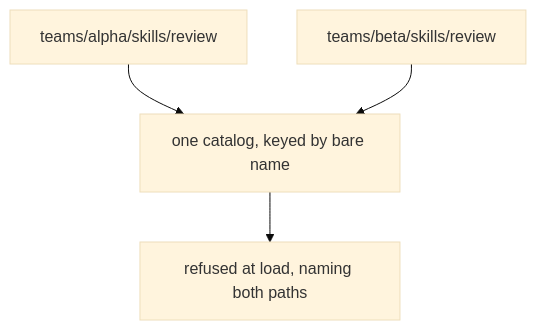
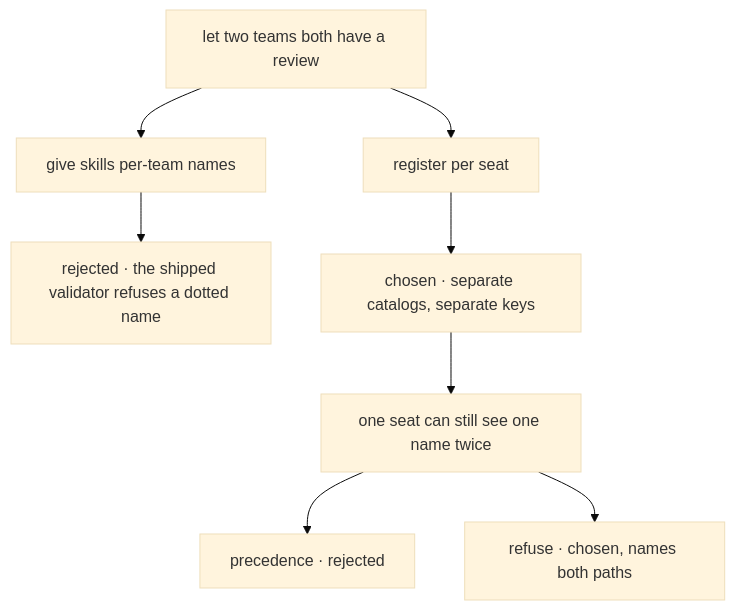
One commit to fixpoint-labs/flow-state-dev changed the third of 3 diagrams in spec/FIX-1356.explainer.md. Above: the diagram before and after it, drawn with Mermaid (base theme). The commit also changed other lines of this file, not shown here.

First line of the commit message:
spec(FIX-1356): redraw the explainer for per-seat registration

````diff
--- a/spec/FIX-1356.explainer.md
+++ b/spec/FIX-1356.explainer.md
@@ -49,6 +50,10 @@
 ```mermaid
 flowchart TD
-  T1["teams/alpha/skills/review"] --> CAT["one catalog, keyed by bare name"]
-  T2["teams/beta/skills/review"] --> CAT
-  CAT --> NO["refused at load, naming both paths"]
+  ISO["let two teams both have a review"] --> ID["give skills per-team names"]
+  ISO --> REG["register per seat"]
+  ID --> NO["rejected · the shipped validator refuses a dotted name"]
+  REG --> YES["chosen · separate catalogs, separate keys"]
+  YES --> CLASH["one seat can still see one name twice"]
+  CLASH --> P["precedence · rejected"]
+  CLASH --> REF["refuse · chosen, names both paths"]
 ```
````
